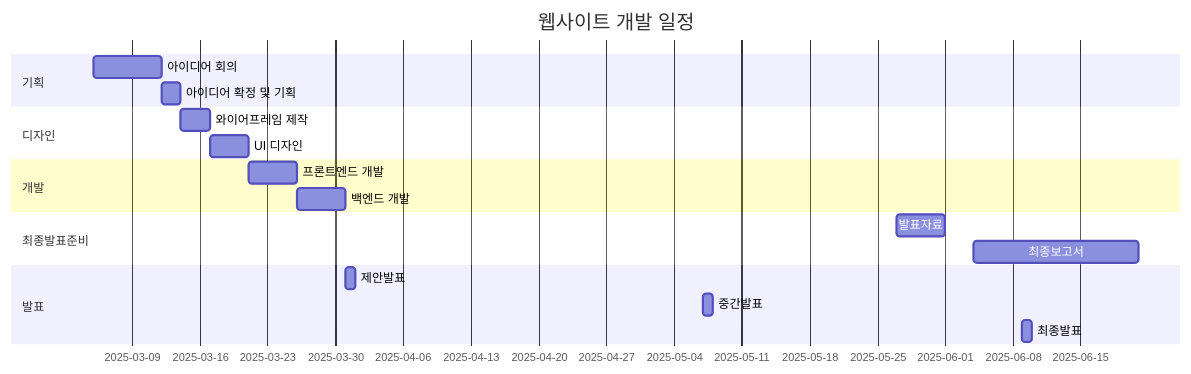
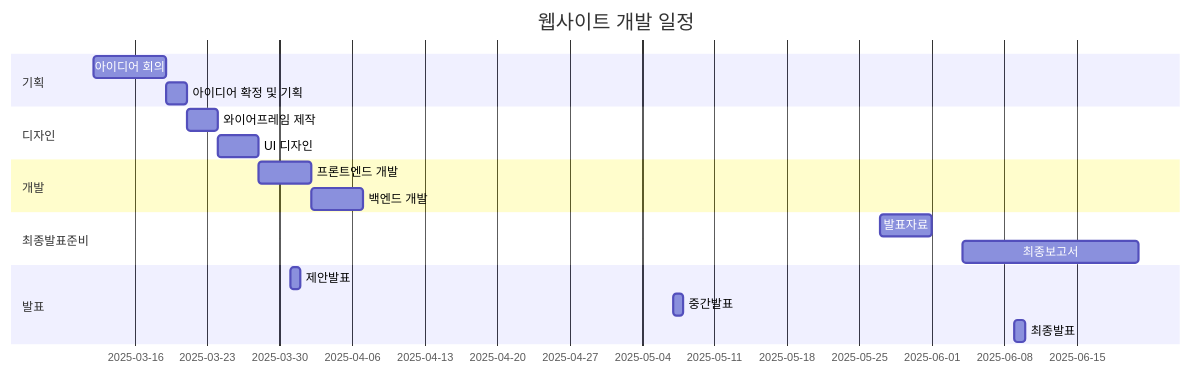
Before and after one commit to Introduction-to-Engineering-Design-13/LOR: the diagram in project-plan.md, drawn with Mermaid.

````diff
--- a/project-plan.md
+++ b/project-plan.md
@@ -1,27 +1,27 @@
 ```mermaid
 gantt
     title 웹사이트 개발 일정
     dateFormat  YYYY-MM-DD
 
     section 기획
-    아이디어 회의      :a1, 2025-03-05, 7d
+    아이디어 회의      :a1, 2025-03-12, 7d
     아이디어 확정 및 기획      :a2, after a1, 2d
 
     section 디자인
     와이어프레임 제작   :b1, after a2, 3d
     UI 디자인           :b2, after b1, 4d
     
     section 개발
     프론트엔드 개발     :c1, after b2, 5d
     백엔드 개발         :c2, after c1, 5d
 
     section 최종발표준비
     발표자료            :d1,    2025-05-27,    5d
     최종보고서          :d2,    2025-06-04,    17d
 
     section 발표
     제안발표            :e1,    2025-03-31,    1d 
     중간발표            :e2,    2025-05-07,    1d
     최종발표            :e3,    2025-06-09,    1d
 
 ```
````
